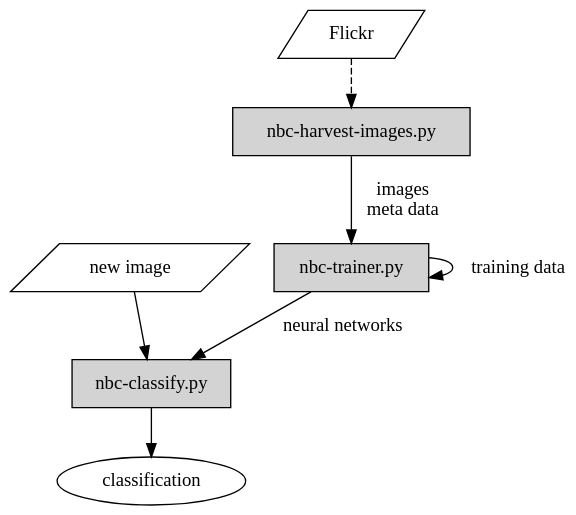
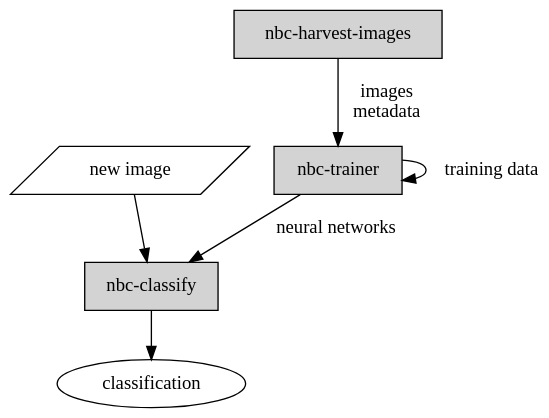
One commit to naturalis/nbclassify changed the diagram in nbclassify/docs/scripts.rst. Above: the diagram before and after it, drawn with Graphviz. The commit also changed other lines of this file and 6 other files, not shown here.

```diff
--- a/nbclassify/docs/scripts.rst
+++ b/nbclassify/docs/scripts.rst
@@ -24,15 +23,14 @@
 .. graphviz::
 
    digraph scripts {
         bgcolor="transparent";
         node [shape=ellipse]; classification;
-        node [shape=parallelogram]; Flickr; "new image";
-        node [shape=box,style=filled]; "nbc-harvest-images.py"; "nbc-trainer.py"; "nbc-classify.py";
+        node [shape=parallelogram]; "new image";
+        node [shape=box,style=filled]; "nbc-harvest-images"; "nbc-trainer"; "nbc-classify";
 
-        Flickr -> "nbc-harvest-images.py" [ style=dashed ];
-        "new image" -> "nbc-classify.py";
-        "nbc-harvest-images.py" -> "nbc-trainer.py" [ label=" images\n meta data" ];
-        "nbc-trainer.py" -> "nbc-classify.py" [ label=" neural networks" ];
-        "nbc-trainer.py" -> "nbc-trainer.py" [ label=" training data" ];
-        "nbc-classify.py" -> "classification";
+        "new image" -> "nbc-classify";
+        "nbc-harvest-images" -> "nbc-trainer" [ label=" images\n metadata" ];
+        "nbc-trainer" -> "nbc-classify" [ label=" neural networks" ];
+        "nbc-trainer" -> "nbc-trainer" [ label=" training data" ];
+        "nbc-classify" -> "classification";
    }
```
